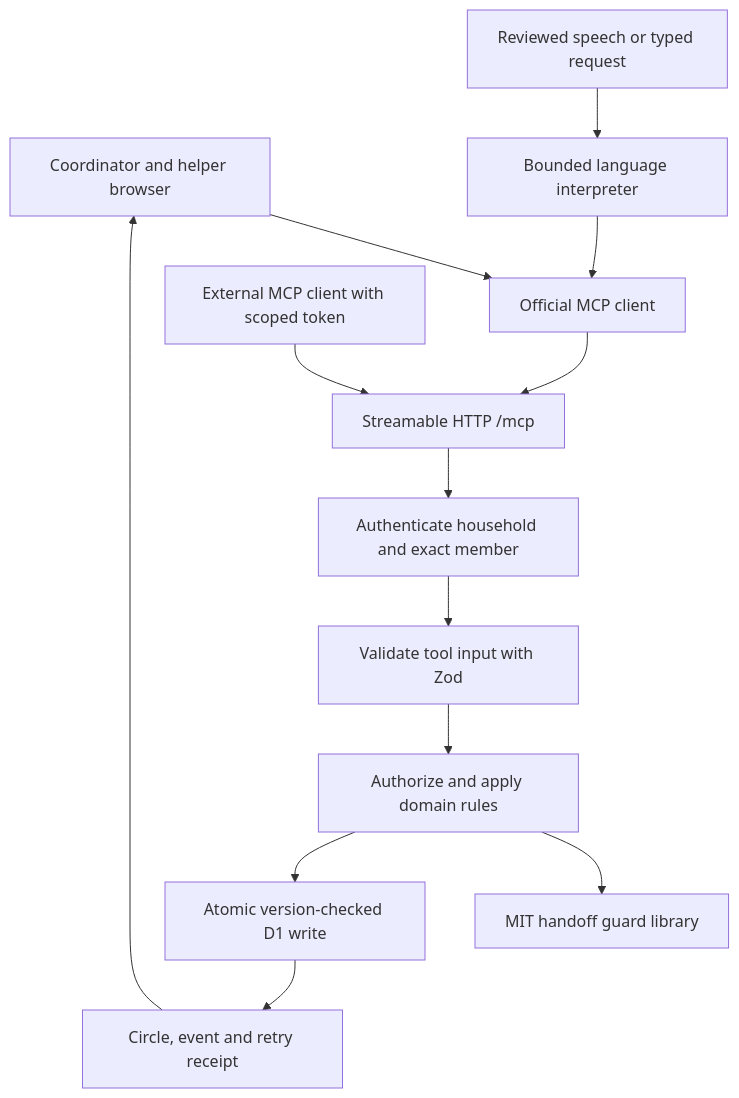
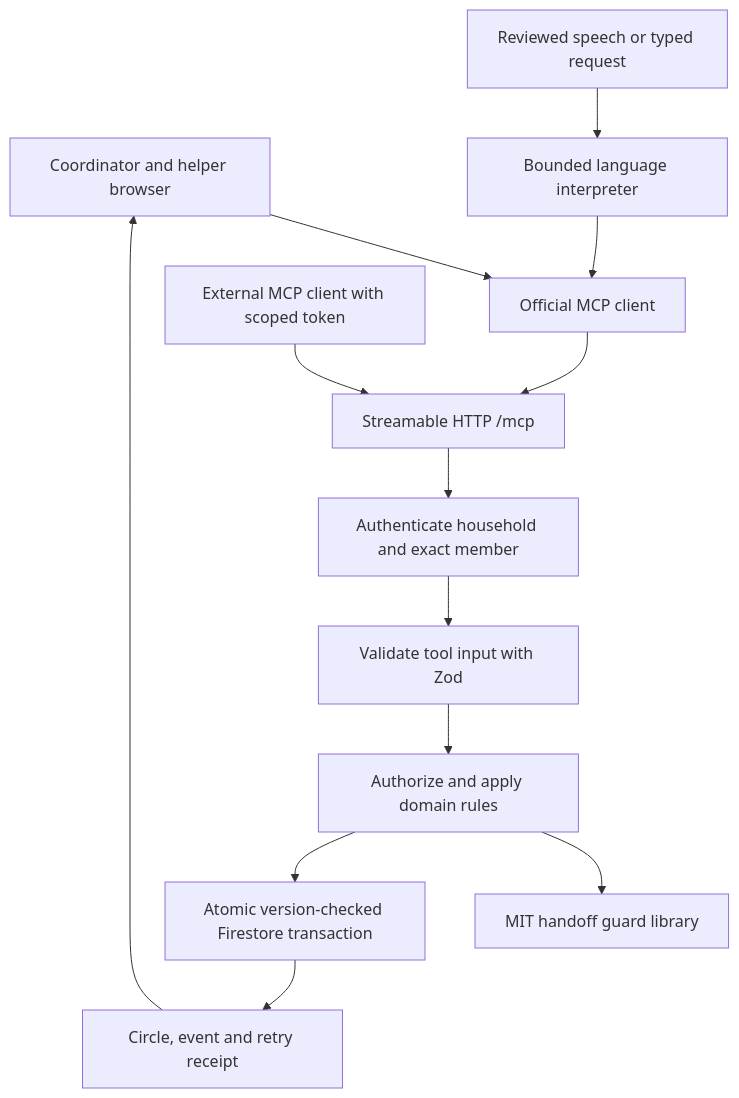
Before and after one commit to shi1720/Amazon-Developer-Hackathon: the diagram in docs/architecture.md, drawn with Mermaid. The commit also changed other lines of this file and 80 other files, not shown here.

````diff
--- a/docs/architecture.md
+++ b/docs/architecture.md
@@ -5,15 +5,15 @@
 ```mermaid
 flowchart TD
     UI[Coordinator and helper browser] --> Client[Official MCP client]
     Voice[Reviewed speech or typed request] --> Grammar[Bounded language interpreter]
     Grammar --> Client
     External[External MCP client with scoped token] --> MCP
     Client --> MCP[Streamable HTTP /mcp]
     MCP --> Auth[Authenticate household and exact member]
     Auth --> Schema[Validate tool input with Zod]
     Schema --> Rules[Authorize and apply domain rules]
     Rules --> Guard[MIT handoff guard library]
-    Rules --> CAS[Atomic version-checked D1 write]
+    Rules --> CAS[Atomic version-checked Firestore transaction]
     CAS --> State[Circle, event and retry receipt]
     State --> UI
 ```
````
